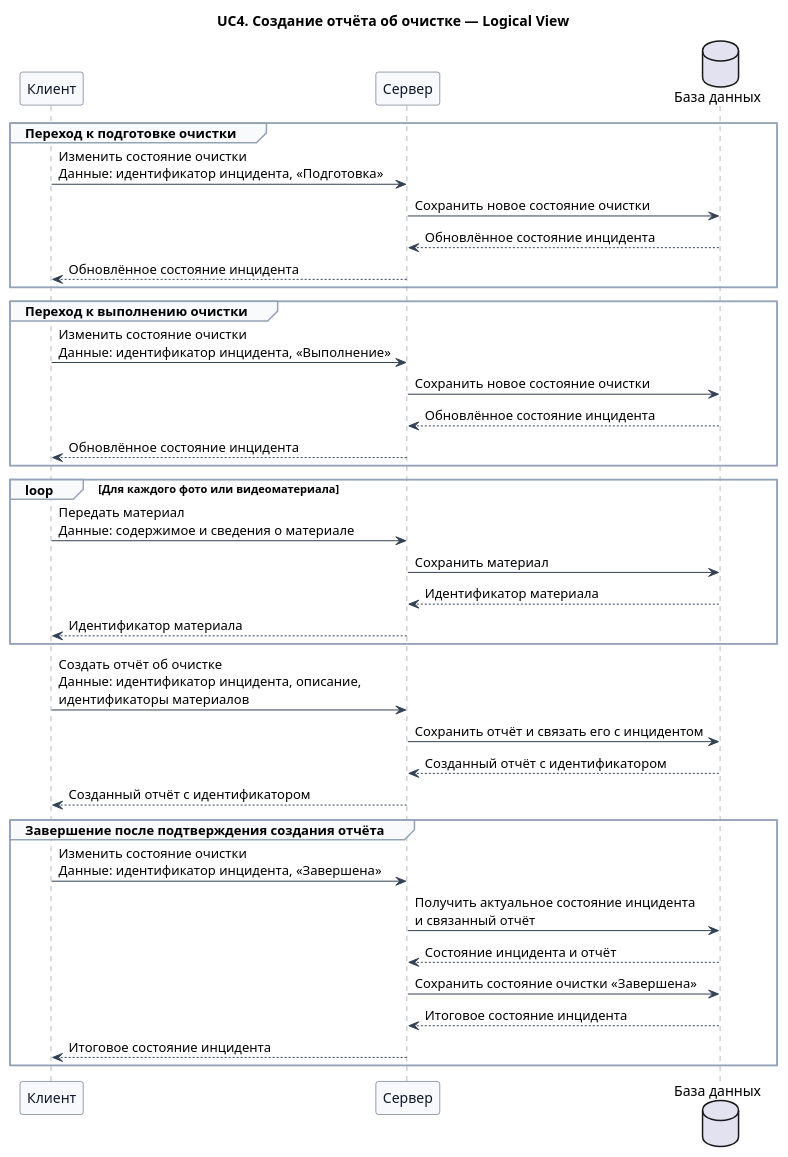
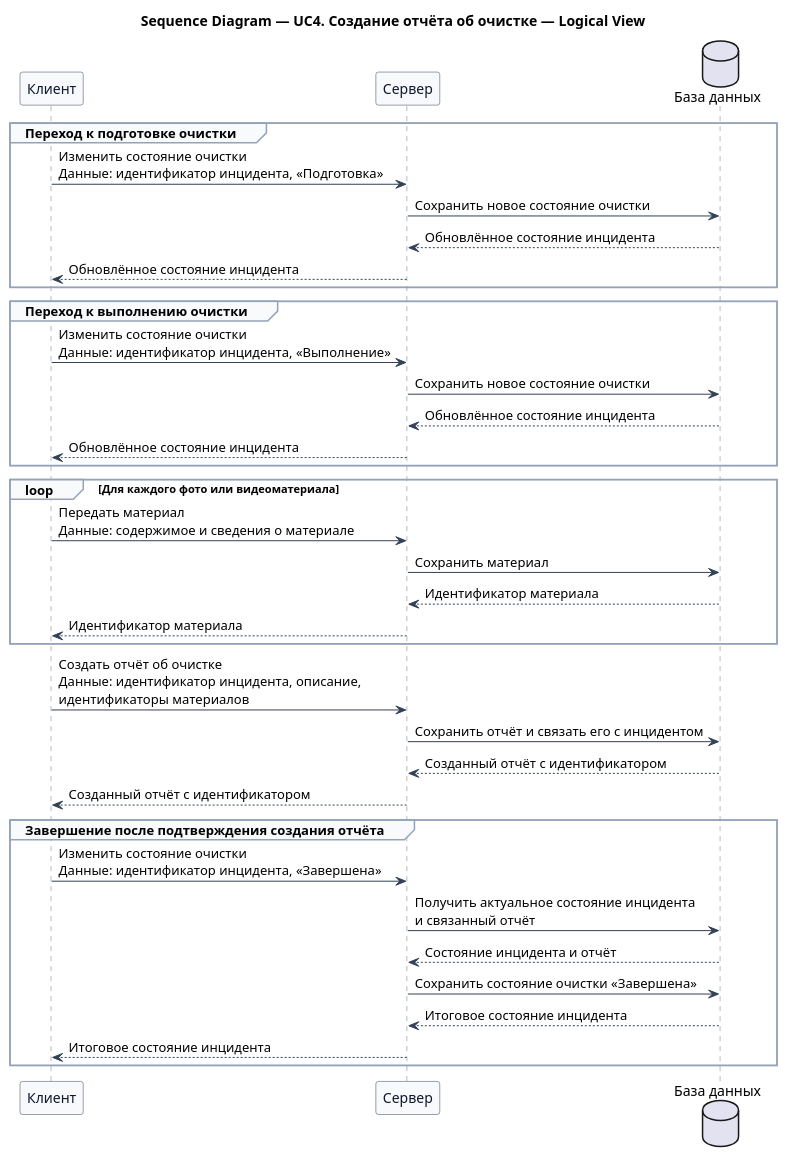
Before and after one commit to Andryss/AIMS: the second of 3 diagrams in docs/sequence/UC4.md, drawn with PlantUML. The commit also changed other lines of this file and 31 other files, not shown here.

````diff
--- a/docs/sequence/UC4.md
+++ b/docs/sequence/UC4.md
@@ -56,56 +56,56 @@
 ```plantuml
 @startuml aims_uc4_sequence_logical_view
-title UC4. Создание отчёта об очистке — Logical View
+title Sequence Diagram — UC4. Создание отчёта об очистке — Logical View
 scale max 3800 width
 
 skinparam shadowing false
 skinparam sequence {
   LifeLineBorderColor #64748B
   ParticipantBackgroundColor #F7F9FC
   ParticipantBorderColor #334155
   ParticipantFontColor #0F172A
   ArrowColor #334155
   GroupBackgroundColor #F8FAFC
   GroupBorderColor #94A3B8
 }
 
 participant "Клиент" as Client
 participant "Сервер" as Server
 database "База данных" as Database
 
 group Переход к подготовке очистки
   Client -> Server: Изменить состояние очистки\nДанные: идентификатор инцидента, «Подготовка»
   Server -> Database: Сохранить новое состояние очистки
   Database --> Server: Обновлённое состояние инцидента
   Server --> Client: Обновлённое состояние инцидента
 end
 
 group Переход к выполнению очистки
   Client -> Server: Изменить состояние очистки\nДанные: идентификатор инцидента, «Выполнение»
   Server -> Database: Сохранить новое состояние очистки
   Database --> Server: Обновлённое состояние инцидента
   Server --> Client: Обновлённое состояние инцидента
 end
 
 loop Для каждого фото или видеоматериала
   Client -> Server: Передать материал\nДанные: содержимое и сведения о материале
   Server -> Database: Сохранить материал
   Database --> Server: Идентификатор материала
   Server --> Client: Идентификатор материала
 end
 
 Client -> Server: Создать отчёт об очистке\nДанные: идентификатор инцидента, описание,\nидентификаторы материалов
 Server -> Database: Сохранить отчёт и связать его с инцидентом
 Database --> Server: Созданный отчёт с идентификатором
 Server --> Client: Созданный отчёт с идентификатором
 
 group Завершение после подтверждения создания отчёта
   Client -> Server: Изменить состояние очистки\nДанные: идентификатор инцидента, «Завершена»
   Server -> Database: Получить актуальное состояние инцидента\nи связанный отчёт
   Database --> Server: Состояние инцидента и отчёт
   Server -> Database: Сохранить состояние очистки «Завершена»
   Database --> Server: Итоговое состояние инцидента
   Server --> Client: Итоговое состояние инцидента
 end
 @enduml
 ```
````
